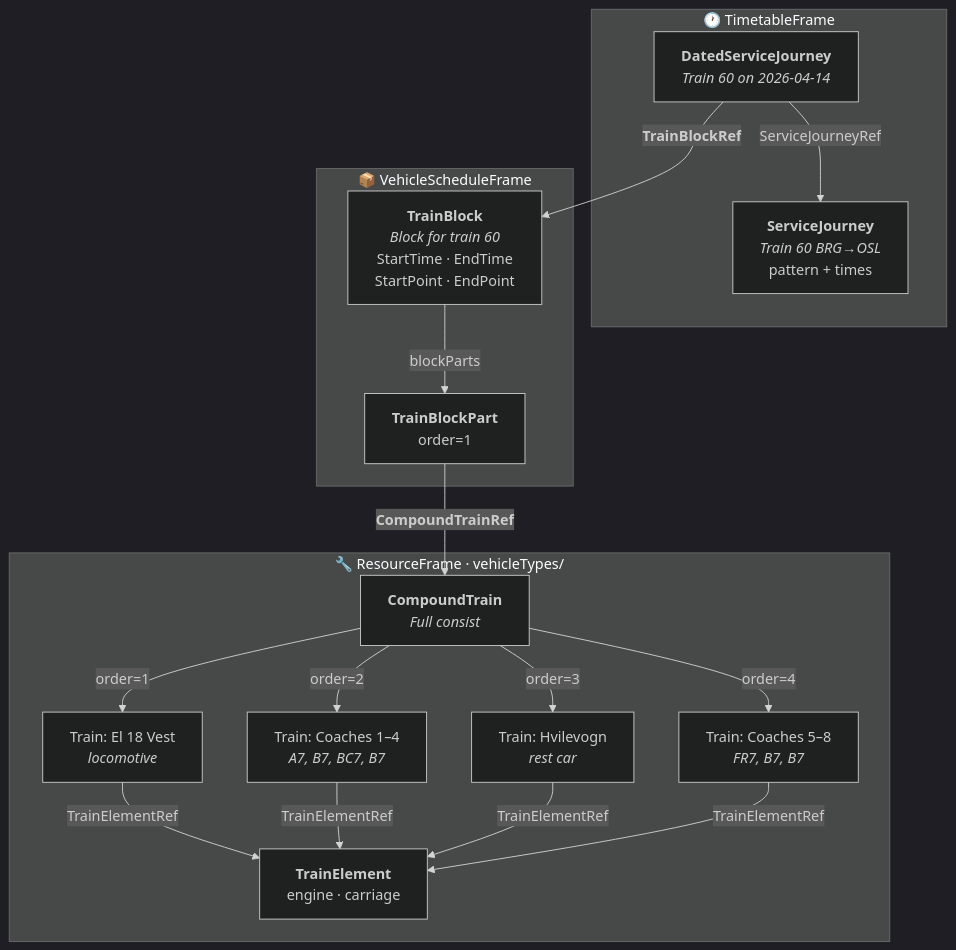
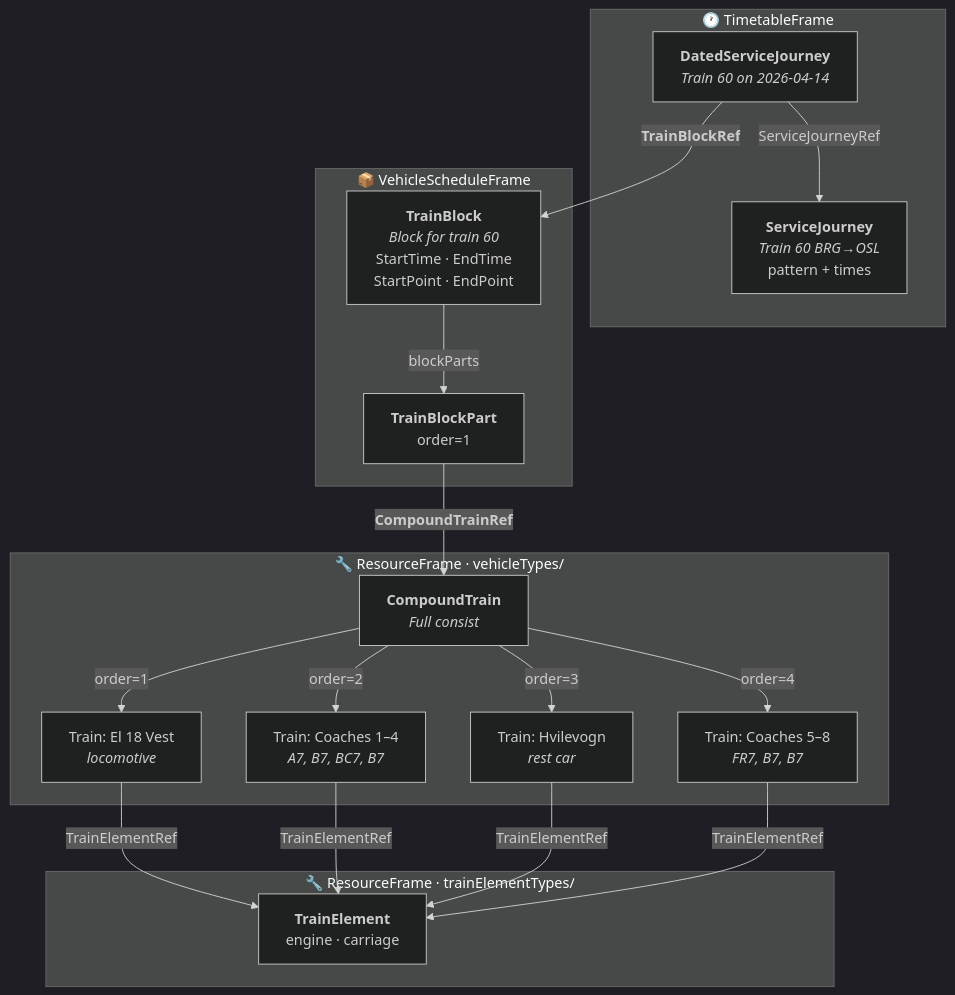
Before and after one commit to entur/nordic-netex-documentation: the diagram in guides/RollingStock/RollingStock_Guide.md, drawn with Mermaid (dark theme). The commit also changed other lines of this file, not shown here.

````diff
--- a/guides/RollingStock/RollingStock_Guide.md
+++ b/guides/RollingStock/RollingStock_Guide.md
@@ -28,38 +28,41 @@
 ```mermaid
 graph TD
   %% ── TimetableFrame ──────────────────────────────────────────
   subgraph TimetableFrame["🕐 TimetableFrame"]
     SJ["<b>ServiceJourney</b><br/><i>Train 60 BRG→OSL</i><br/>pattern + times"]
     DSJ["<b>DatedServiceJourney</b><br/><i>Train 60 on 2026-04-14</i>"]
   end
 
   %% ── VehicleScheduleFrame ────────────────────────────────────
   subgraph VehicleScheduleFrame["📦 VehicleScheduleFrame"]
     TB["<b>TrainBlock</b><br/><i>Block for train 60</i><br/>StartTime · EndTime<br/>StartPoint · EndPoint"]
     TBP["<b>TrainBlockPart</b><br/>order=1"]
   end
 
   %% ── ResourceFrame ──────────────────────────────────────────
   subgraph ResourceFrame["🔧 ResourceFrame · vehicleTypes/"]
     CT["<b>CompoundTrain</b><br/><i>Full consist</i>"]
     T1["Train: El 18 Vest<br/><i>locomotive</i>"]
     T2["Train: Coaches 1–4<br/><i>A7, B7, BC7, B7</i>"]
     T3["Train: Hvilevogn<br/><i>rest car</i>"]
     T4["Train: Coaches 5–8<br/><i>FR7, B7, B7</i>"]
+  end
+
+  subgraph TrainElementTypes["🔧 ResourceFrame · trainElementTypes/"]
     TE["<b>TrainElement</b><br/>engine · carriage"]
   end
 
   %% ── Links ──────────────────────────────────────────────────
   DSJ -->|ServiceJourneyRef| SJ
   DSJ -->|"<b>TrainBlockRef</b>"| TB
   TB -->|blockParts| TBP
   TBP -->|"<b>CompoundTrainRef</b>"| CT
   CT -->|"order=1"| T1
   CT -->|"order=2"| T2
   CT -->|"order=3"| T3
   CT -->|"order=4"| T4
   T1 -->|TrainElementRef| TE
   T2 -->|TrainElementRef| TE
   T3 -->|TrainElementRef| TE
   T4 -->|TrainElementRef| TE
 ```
````
